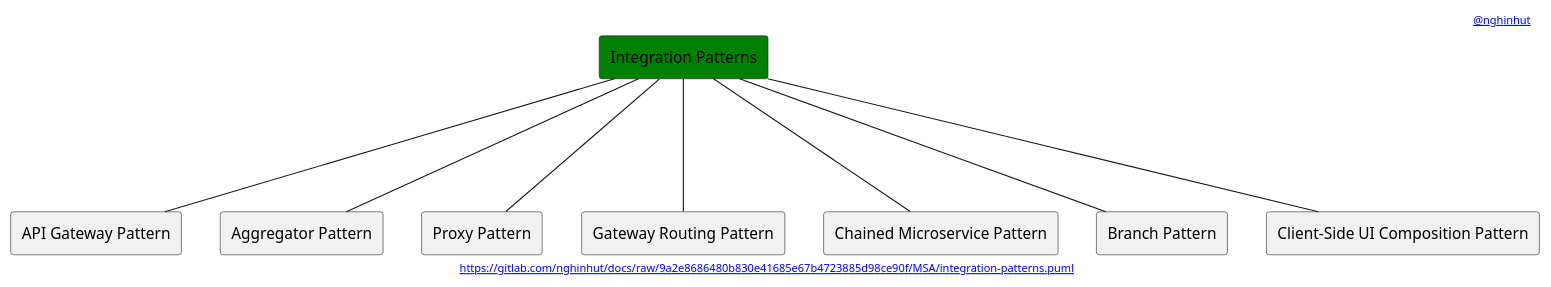
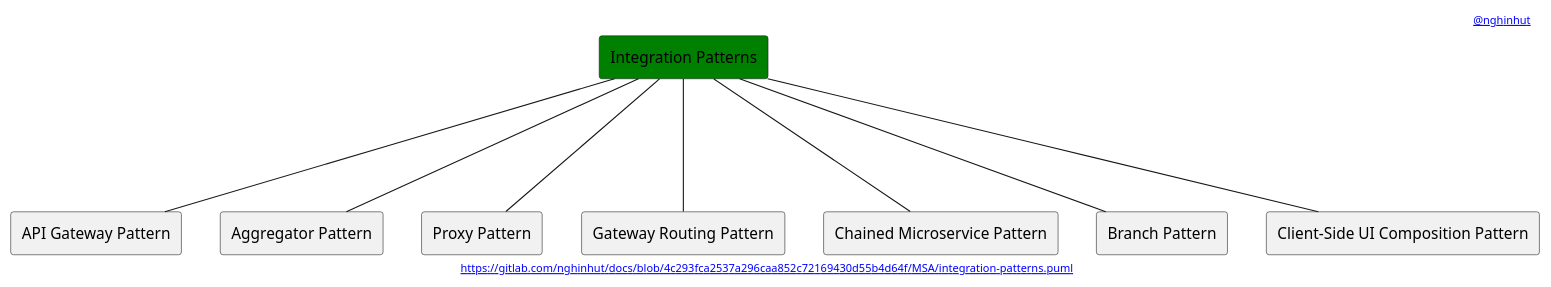
Before and after one commit to nghinhut/docs: the diagram in MSA/integration-patterns.puml, drawn with PlantUML. The commit also changed 18 other files, not shown here.

Commit message:
Update diagrams

```diff
--- a/MSA/integration-patterns.puml
+++ b/MSA/integration-patterns.puml
@@ -1,24 +1,24 @@
 @startuml
 '-----START auto generated metadata please keep comment here to allow auto update-----
 '-----DON'T EDIT THIS SECTION, INSTEAD RE-RUN prebuild.sh TO UPDATE-----
 header [[mailto:nghinhut@gmail.com @nghinhut]]
-footer [[https://gitlab.com/nghinhut/docs/raw/9a2e8686480b830e41685e67b4723885d98ce90f/MSA/integration-patterns.puml]]
+footer [[https://gitlab.com/nghinhut/docs/blob/4c293fca2537a296caa852c72169430d55b4d64f/MSA/integration-patterns.puml]]
 '-----END auto generated metadata please keep comment here to allow auto update-----
 
 rectangle "Integration Patterns" as Integration #green
 
 rectangle "API Gateway Pattern" as IntegrationP1
 rectangle "Aggregator Pattern" as IntegrationP2
 rectangle "Proxy Pattern" as IntegrationP3
 rectangle "Gateway Routing Pattern" as IntegrationP4
 rectangle "Chained Microservice Pattern" as IntegrationP5
 rectangle "Branch Pattern" as IntegrationP6
 rectangle "Client-Side UI Composition Pattern" as IntegrationP7
 Integration --- IntegrationP1
 Integration --- IntegrationP2
 Integration --- IntegrationP3
 Integration --- IntegrationP4
 Integration --- IntegrationP5
 Integration --- IntegrationP6
 Integration --- IntegrationP7
 @enduml
```
